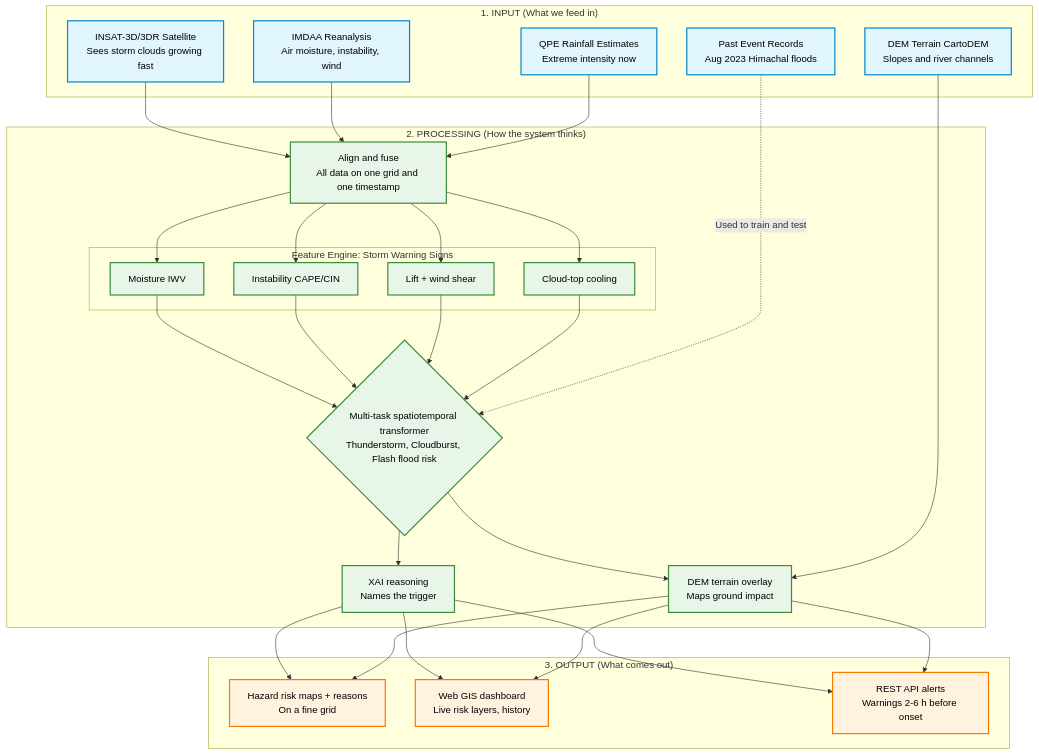
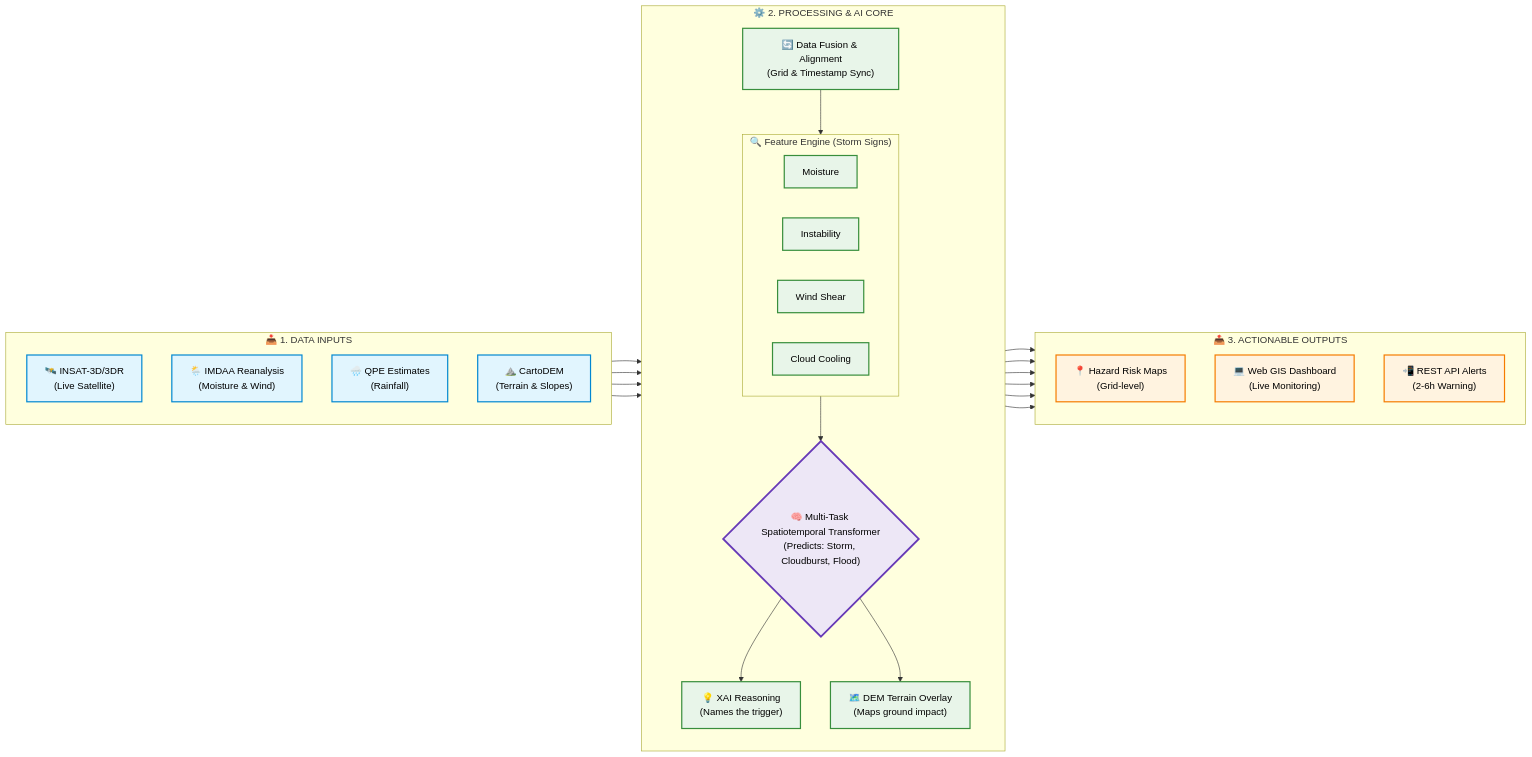
The diagram in ARCHITECTURE.md (GhanshyamJha05/SIH26077), drawn with Mermaid before and after one commit. The commit also changed other lines of this file, not shown here.

Commit message:
Redesign ARCHITECTURE.md for a premium look with better UI and tables

````diff
--- a/ARCHITECTURE.md
+++ b/ARCHITECTURE.md
@@ -9,48 +11,49 @@
 ```mermaid
-graph TD
+flowchart LR
+    %% Theming
     classDef input fill:#e1f5fe,stroke:#0288d1,stroke-width:2px,color:#000;
     classDef process fill:#e8f5e9,stroke:#388e3c,stroke-width:2px,color:#000;
+    classDef ai fill:#ede7f6,stroke:#673ab7,stroke-width:3px,color:#000;
     classDef output fill:#fff3e0,stroke:#f57c00,stroke-width:2px,color:#000;
 
-    subgraph INPUT ["1. INPUT (What we feed in)"]
-        A["INSAT-3D/3DR Satellite<br/>Sees storm clouds growing fast"]:::input
-        B["IMDAA Reanalysis<br/>Air moisture, instability, wind"]:::input
-        C["QPE Rainfall Estimates<br/>Extreme intensity now"]:::input
-        D["DEM Terrain CartoDEM<br/>Slopes and river channels"]:::input
-        E["Past Event Records<br/>Aug 2023 Himachal floods"]:::input
+    subgraph INPUT ["📥 1. DATA INPUTS"]
+        direction TB
+        A["🛰️ INSAT-3D/3DR<br/>(Live Satellite)"]:::input
+        B["🌦️ IMDAA Reanalysis<br/>(Moisture & Wind)"]:::input
+        C["🌧️ QPE Estimates<br/>(Rainfall)"]:::input
+        D["⛰️ CartoDEM<br/>(Terrain & Slopes)"]:::input
     end
 
-    subgraph PROCESSING ["2. PROCESSING (How the system thinks)"]
-        F["Align and fuse<br/>All data on one grid and one timestamp"]:::process
+    subgraph PROCESSING ["⚙️ 2. PROCESSING & AI CORE"]
+        direction TB
+        F["🔄 Data Fusion & Alignment<br/>(Grid & Timestamp Sync)"]:::process
         
-        subgraph FeatureEngine ["Feature Engine: Storm Warning Signs"]
-            G["Moisture IWV"]:::process
-            H["Instability CAPE/CIN"]:::process
-            I["Lift + wind shear"]:::process
-            J["Cloud-top cooling"]:::process
+        subgraph FE ["🔍 Feature Engine (Storm Signs)"]
+            direction LR
+            G["Moisture"]:::process
+            H["Instability"]:::process
+            I["Wind Shear"]:::process
+            J["Cloud Cooling"]:::process
         end
         
-        K{"Multi-task spatiotemporal transformer<br/>Thunderstorm, Cloudburst, Flash flood risk"}:::process
+        K{"🧠 Multi-Task Spatiotemporal Transformer<br/>(Predicts: Storm, Cloudburst, Flood)"}:::ai
         
-        L["XAI reasoning<br/>Names the trigger"]:::process
-        M["DEM terrain overlay<br/>Maps ground impact"]:::process
-        
-        F --> G & H & I & J
-        G & H & I & J --> K
-        K --> L
-        K --> M
+        L["💡 XAI Reasoning<br/>(Names the trigger)"]:::process
+        M["🗺️ DEM Terrain Overlay<br/>(Maps ground impact)"]:::process
     end
 
-    subgraph OUTPUT ["3. OUTPUT (What comes out)"]
-        N["Hazard risk maps + reasons<br/>On a fine grid"]:::output
-        O["Web GIS dashboard<br/>Live risk layers, history"]:::output
-        P["REST API alerts<br/>Warnings 2-6 h before onset"]:::output
+    subgraph OUTPUT ["📤 3. ACTIONABLE OUTPUTS"]
+        direction TB
+        N["📍 Hazard Risk Maps<br/>(Grid-level)"]:::output
+        O["💻 Web GIS Dashboard<br/>(Live Monitoring)"]:::output
+        P["📲 REST API Alerts<br/>(2-6h Warning)"]:::output
     end
 
+    %% Routing
     A & B & C --> F
+    F --> FE
+    FE --> K
     D --> M
-    E -.->|Used to train and test| K
-    
-    L --> N & O & P
-    M --> N & O & P
+    K --> L & M
+    L & M --> N & O & P
 ```
````
